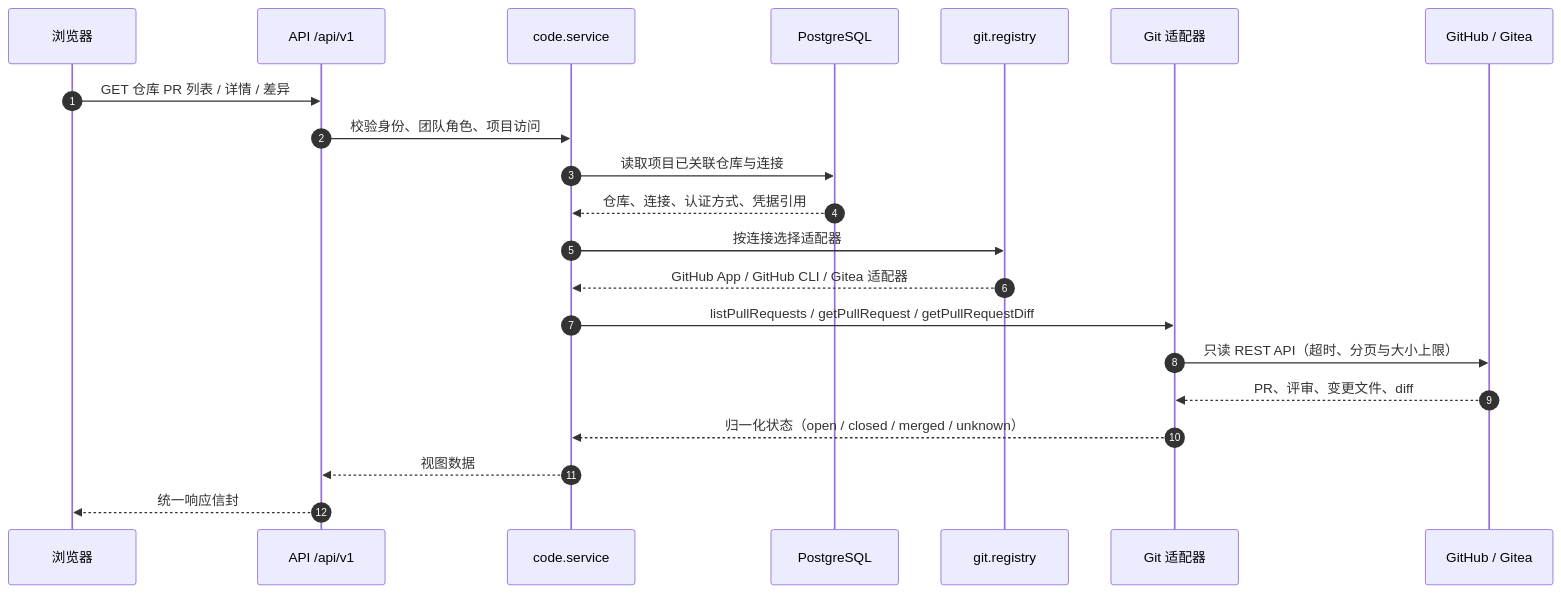
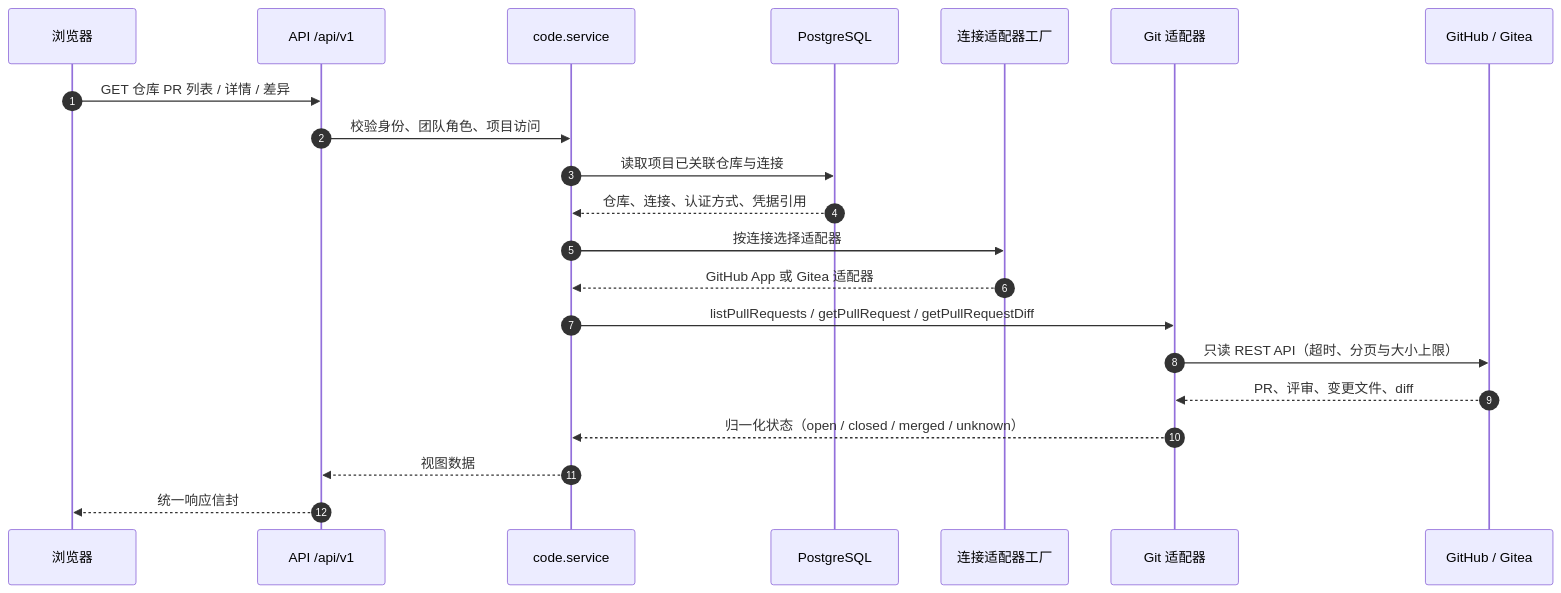
Before and after one commit to aiShuiJiaoDeXioShou/dev-ops: the second of 5 diagrams in docs/architecture/code-pr-pipeline-architecture.md, drawn with Mermaid. The commit also changed other lines of this file and 23 other files, not shown here.

Commit message:
refactor(integrations): 移除 GitHub CLI 连接方式

````diff
--- a/docs/architecture/code-pr-pipeline-architecture.md
+++ b/docs/architecture/code-pr-pipeline-architecture.md
@@ -109,24 +107,24 @@
 ```mermaid
 sequenceDiagram
     autonumber
     participant U as 浏览器
     participant API as API /api/v1
     participant CS as code.service
     participant DB as PostgreSQL
-    participant REG as git.registry
+    participant REG as 连接适配器工厂
     participant AD as Git 适配器
     participant G as GitHub / Gitea
 
     U->>API: GET 仓库 PR 列表 / 详情 / 差异
     API->>CS: 校验身份、团队角色、项目访问
     CS->>DB: 读取项目已关联仓库与连接
     DB-->>CS: 仓库、连接、认证方式、凭据引用
     CS->>REG: 按连接选择适配器
-    REG-->>CS: GitHub App / GitHub CLI / Gitea 适配器
+    REG-->>CS: GitHub App 或 Gitea 适配器
     CS->>AD: listPullRequests / getPullRequest / getPullRequestDiff
     AD->>G: 只读 REST API（超时、分页与大小上限）
     G-->>AD: PR、评审、变更文件、diff
     AD-->>CS: 归一化状态（open / closed / merged / unknown）
     CS-->>API: 视图数据
     API-->>U: 统一响应信封
 ```
````
